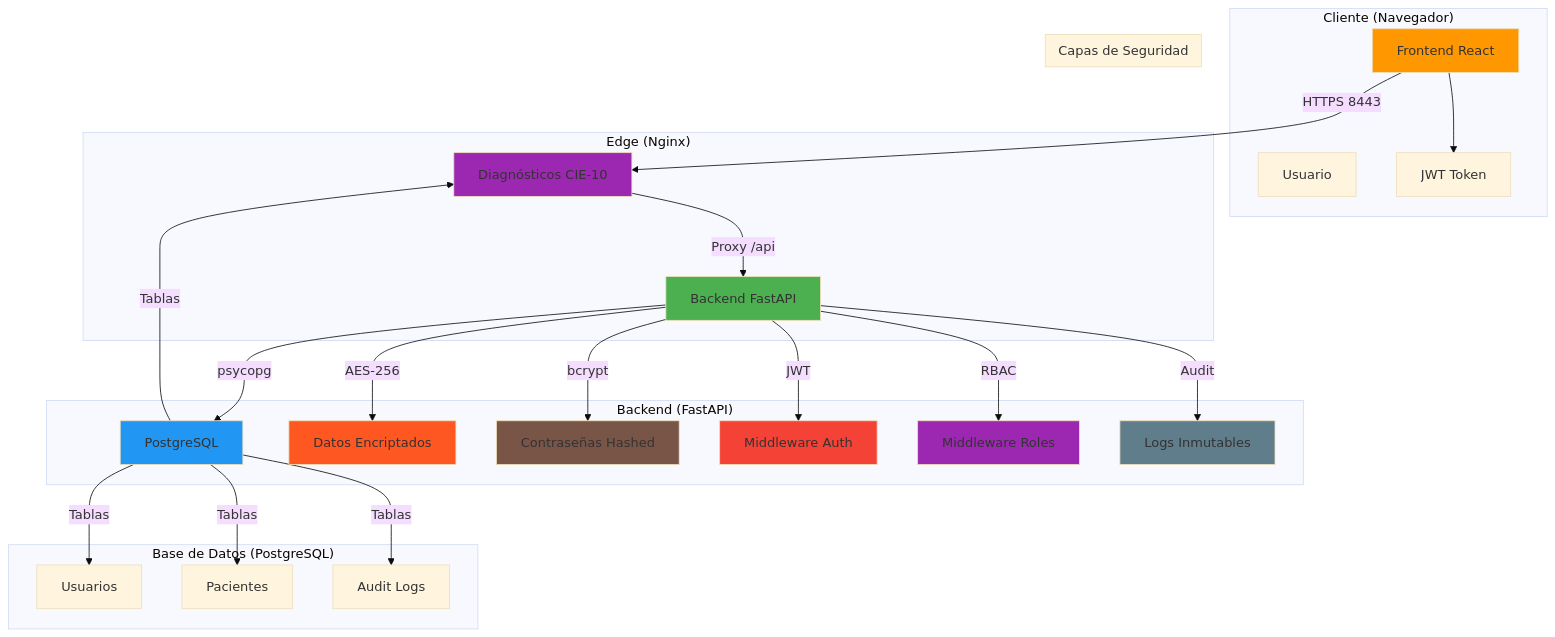
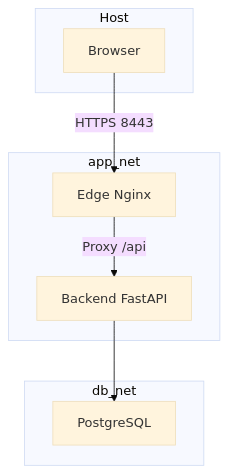
The diagram in README.md (maffzz/cripto-med), drawn with Mermaid (base theme) before and after one commit. The commit also changed other lines of this file and 1 other file, not shown here.

````diff
--- a/README.md
+++ b/README.md
@@ -97,50 +26,19 @@
 ```mermaid
 graph TB
-    subgraph "Cliente (Navegador)"
-        A[Usuario]
-        B[Frontend React]
-        B --> C[JWT Token]
+    subgraph "Host"
+        A[Browser]
     end
     
-    subgraph "Edge (Nginx)"
-        N[Nginx TLS]
-        B -->|HTTPS 8443| N
-        N -->|Proxy /api| D
+    subgraph "app_net"
+        B[Edge Nginx]
+        C[Backend FastAPI]
     end
     
-    subgraph "Backend (FastAPI)"
-        D[Backend FastAPI]
-        D -->|psycopg| E[PostgreSQL]
-        D -->|AES-256| F[Datos Encriptados]
-        D -->|bcrypt| G[Contraseñas Hashed]
-        D -->|JWT| H[Middleware Auth]
-        D -->|RBAC| I[Middleware Roles]
-        D -->|Audit| J[Logs Inmutables]
+    subgraph "db_net"
+        D[PostgreSQL]
     end
     
-    subgraph "Base de Datos (PostgreSQL)"
-        E
-        E -->|Tablas| K[Usuarios]
-        E -->|Tablas| L[Pacientes]
-        E -->|Tablas| M[Audit Logs]
-        E -->|Tablas| N[Diagnósticos CIE-10]
-    end
-    
-    subgraph "Capas de Seguridad"
-        H
-        I
-        J
-        F
-        G
-    end
-    
-    style D fill:#4CAF50
-    style E fill:#2196F3
-    style B fill:#FF9800
-    style N fill:#9C27B0
-    style H fill:#f44336
-    style I fill:#9C27B0
-    style J fill:#607D8B
-    style F fill:#FF5722
-    style G fill:#795548
+    A -->|HTTPS 8443| B
+    B -->|Proxy /api| C
+    C --> D
 ```
````
